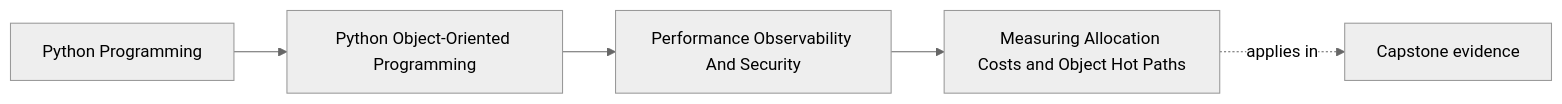
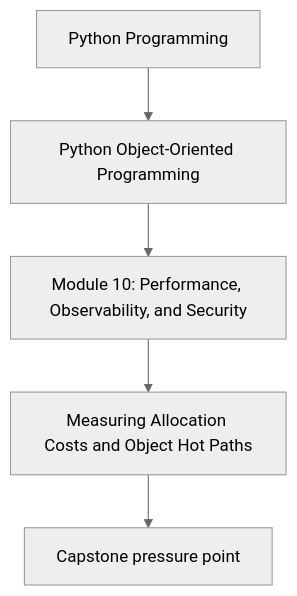
Before and after one commit to bijux/bijux-masterclass: the first of 2 diagrams in programs/python-programming/python-object-oriented-programming/course-book/module-10-performance-observability-and-security/measuring-allocation-costs-and-object-hot-paths.md, drawn with Mermaid (neutral theme). The commit also changed other lines of this file and 107 other files, not shown here.

Commit message:
docs(python-object-oriented-programming): align concept page diagrams

````diff
--- a/programs/python-programming/python-object-oriented-programming/course-book/module-10-performance-observability-and-security/measuring-allocation-costs-and-object-hot-paths.md
+++ b/programs/python-programming/python-object-oriented-programming/course-book/module-10-performance-observability-and-security/measuring-allocation-costs-and-object-hot-paths.md
@@ -7,11 +7,7 @@
 ```mermaid
-graph LR
-  family["Python Programming"]
-  program["Python Object-Oriented Programming"]
-  section["Performance Observability And Security"]
-  page["Measuring Allocation Costs and Object Hot Paths"]
-  capstone["Capstone evidence"]
-
-  family --> program --> section --> page
-  page -.applies in.-> capstone
+flowchart TD
+  family["Python Programming"] --> program["Python Object-Oriented Programming"]
+  program --> module["Module 10: Performance, Observability, and Security"]
+  module --> concept["Measuring Allocation Costs and Object Hot Paths"]
+  concept --> capstone["Capstone pressure point"]
 ```
````
